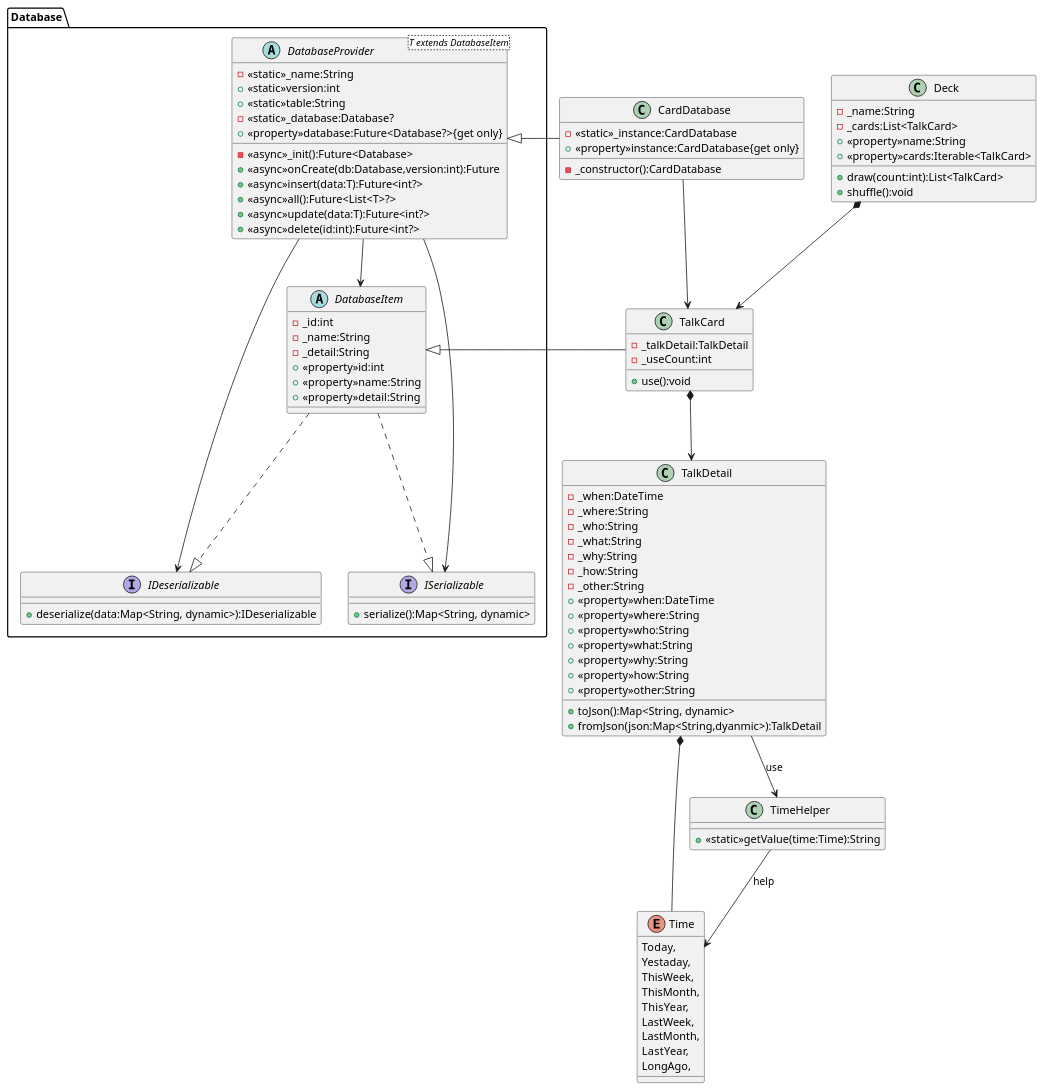
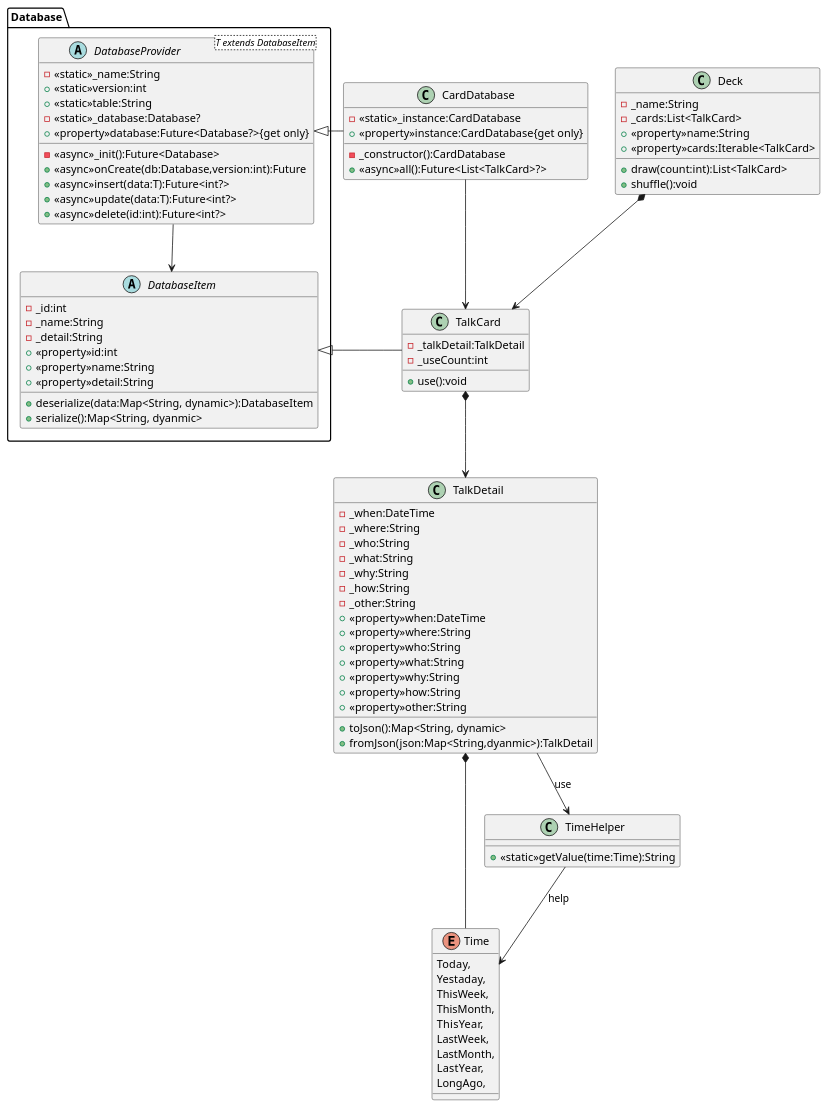
The diagram in classDiagram.pu (nmskm240/conversation_deck), drawn with PlantUML before and after one commit. The commit also changed 7 other files, not shown here.

```diff
--- a/classDiagram.pu
+++ b/classDiagram.pu
@@ -1,111 +1,100 @@
 @startuml Conversation deck cards
 package Database
 {
     abstract DatabaseItem
     {
         -_id:int
         -_name:String
         -_detail:String
         +<<property>>id:int
         +<<property>>name:String
         +<<property>>detail:String
+        +deserialize(data:Map<String, dynamic>):DatabaseItem
+        +serialize():Map<String, dyanmic>
     }
     abstract DatabaseProvider<T extends DatabaseItem>
     {
         -<<static>>_name:String
         +<<static>>version:int
         +<<static>>table:String
         -<<static>>_database:Database?
         +<<property>>database:Future<Database?>{get only}
         -<<async>>_init():Future<Database>
         +<<async>>onCreate(db:Database,version:int):Future
         +<<async>>insert(data:T):Future<int?>
-        +<<async>>all():Future<List<T>?>
         +<<async>>update(data:T):Future<int?>
         +<<async>>delete(id:int):Future<int?>
-    }
-    interface IDeserializable
-    {
-        +deserialize(data:Map<String, dynamic>):IDeserializable
-    }
-    interface ISerializable
-    {
-        +serialize():Map<String, dynamic>
     }
 }
 class CardDatabase
 {
     -<<static>>_instance:CardDatabase
     +<<property>>instance:CardDatabase{get only}
     -_constructor():CardDatabase
+    +<<async>>all():Future<List<TalkCard>?>
 }
 class Deck
 {
     -_name:String
     -_cards:List<TalkCard>
     +<<property>>name:String
     +<<property>>cards:Iterable<TalkCard>
     +draw(count:int):List<TalkCard>
     +shuffle():void
 }
 class TalkCard
 {
     -_talkDetail:TalkDetail
     -_useCount:int
     +use():void
 }
 class TalkDetail
 {
     -_when:DateTime
     -_where:String
     -_who:String
     -_what:String
     -_why:String
     -_how:String
     -_other:String
     +<<property>>when:DateTime
     +<<property>>where:String
     +<<property>>who:String
     +<<property>>what:String
     +<<property>>why:String
     +<<property>>how:String
     +<<property>>other:String
     +toJson():Map<String, dynamic>
     +fromJson(json:Map<String,dyanmic>):TalkDetail
 }
 enum Time
 {
     Today,
     Yestaday,
     ThisWeek,
     ThisMonth,
     ThisYear,
     LastWeek,
     LastMonth,
     LastYear,
     LongAgo,
 }
 class TimeHelper
 {
     +<<static>>getValue(time:Time):String
 }
 
-DatabaseItem ..|> ISerializable
-DatabaseItem ..|> IDeserializable
-
 DatabaseProvider --> DatabaseItem
-DatabaseProvider --> ISerializable
-DatabaseProvider --> IDeserializable
 CardDatabase --> TalkCard
 
 CardDatabase -left-|> DatabaseProvider
 TalkCard -left-|> DatabaseItem
 TimeHelper --> Time :help
 TalkDetail --> TimeHelper : use
 
 TalkDetail *-- Time
 
 TalkCard *--> TalkDetail
 Deck *--> TalkCard
 
 @enduml
```
